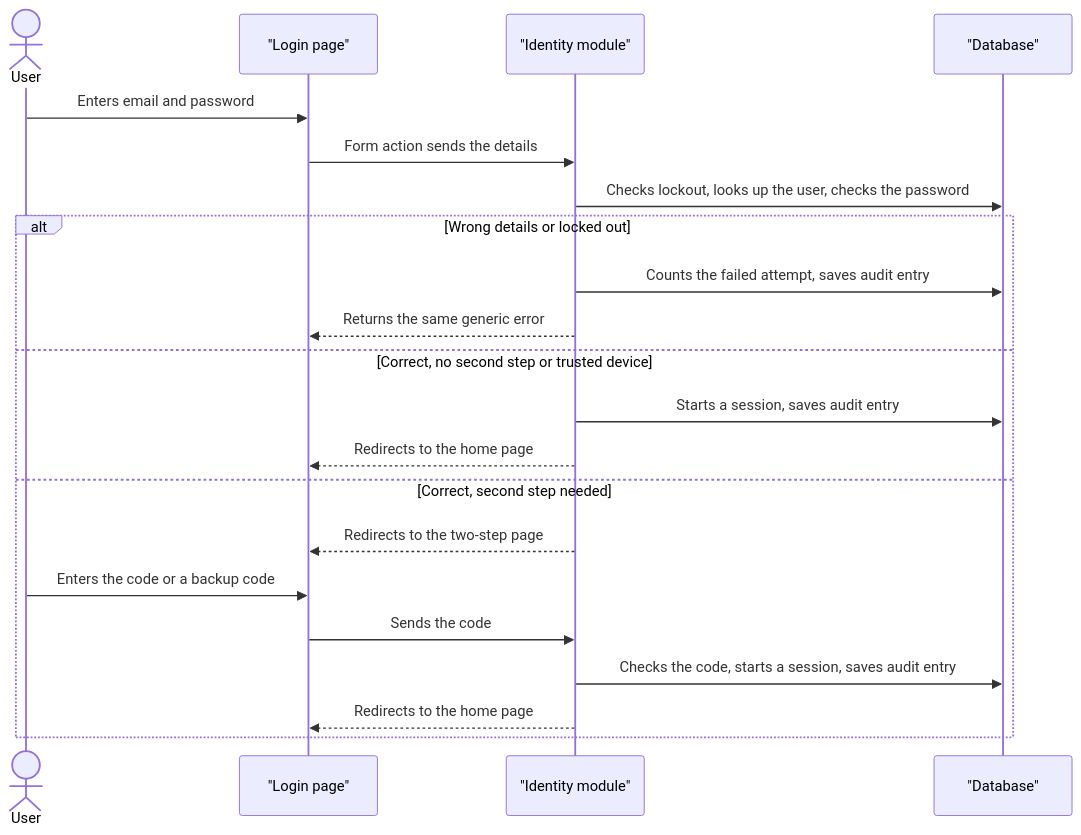
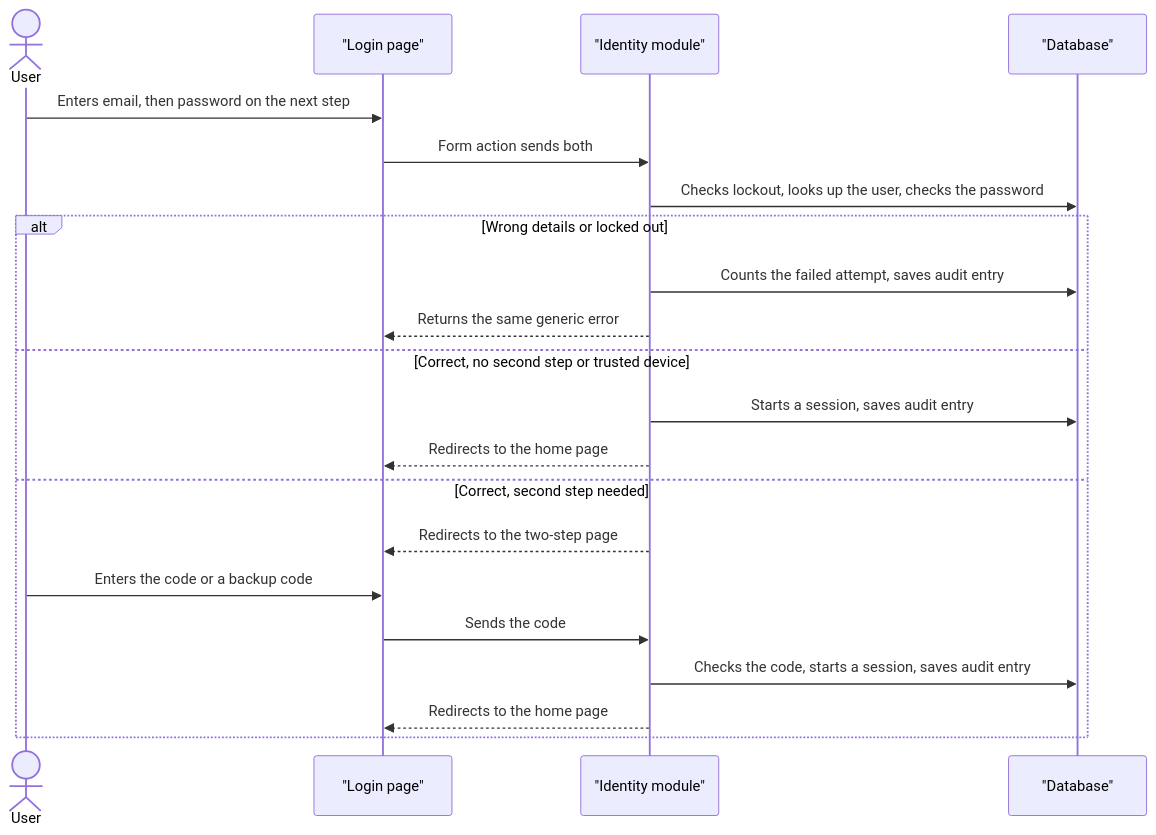
Before and after one commit to sirilabs-se/devspace: the third of 4 diagrams in saas-project/docs/architecture/modules/identity/README.md, drawn with Mermaid. The commit also changed other lines of this file and 4 other files, not shown here.

````diff
--- a/saas-project/docs/architecture/modules/identity/README.md
+++ b/saas-project/docs/architecture/modules/identity/README.md
@@ -186,23 +195,23 @@
 ```mermaid
 sequenceDiagram
     actor User
     participant Page as "Login page"
     participant ID as "Identity module"
     participant DB as "Database"
-    User->>Page: Enters email and password
-    Page->>ID: Form action sends the details
+    User->>Page: Enters email, then password on the next step
+    Page->>ID: Form action sends both
     ID->>DB: Checks lockout, looks up the user, checks the password
     alt Wrong details or locked out
         ID->>DB: Counts the failed attempt, saves audit entry
         ID-->>Page: Returns the same generic error
     else Correct, no second step or trusted device
         ID->>DB: Starts a session, saves audit entry
         ID-->>Page: Redirects to the home page
     else Correct, second step needed
         ID-->>Page: Redirects to the two-step page
         User->>Page: Enters the code or a backup code
         Page->>ID: Sends the code
         ID->>DB: Checks the code, starts a session, saves audit entry
         ID-->>Page: Redirects to the home page
     end
 ```
````
